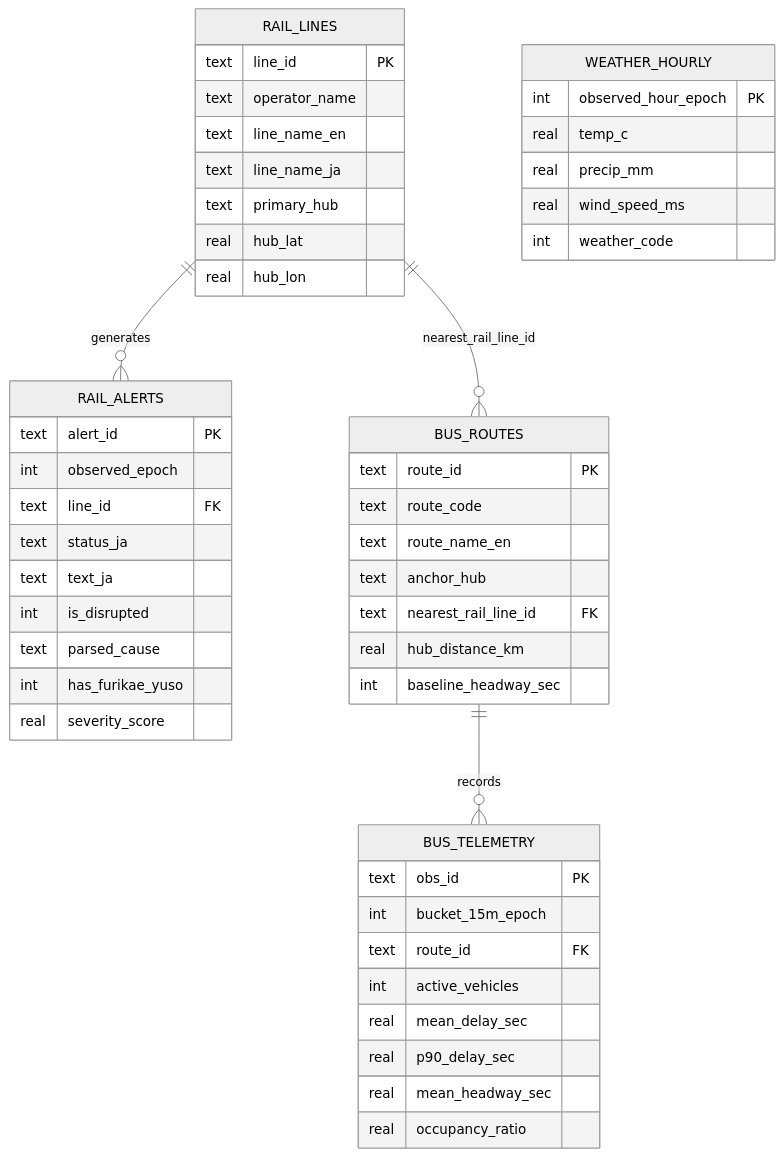
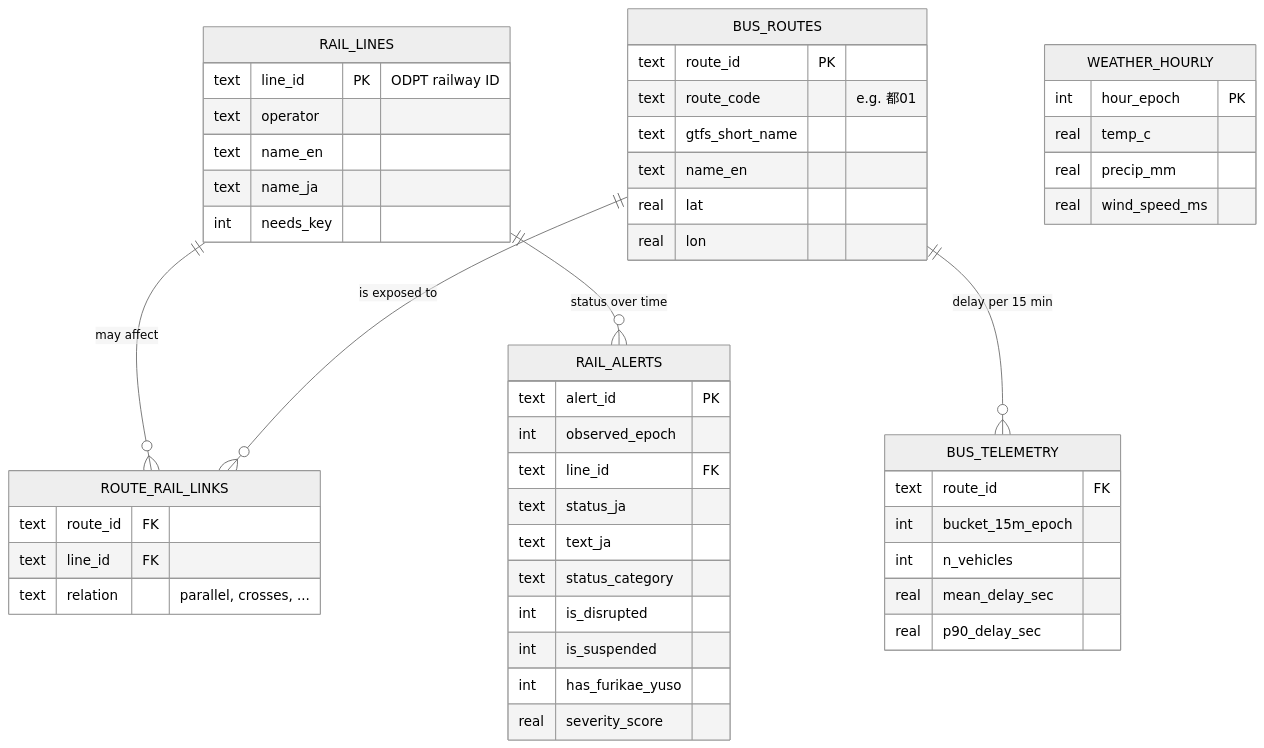
The second of 2 diagrams in README.md (dennisdur14/Tokyo-Transit-Disruption-Predictor), drawn with Mermaid (neutral theme) before and after one commit. The commit also changed other lines of this file and 28 other files, not shown here.

First line of the commit message:
Rework around real Toei/ODPT data with an honest evaluation

````diff
--- a/README.md
+++ b/README.md
@@ -46,57 +139,53 @@
 ```mermaid
 erDiagram
-    RAIL_LINES ||--o{ RAIL_ALERTS : "generates"
-    RAIL_LINES ||--o{ BUS_ROUTES : "nearest_rail_line_id"
-    BUS_ROUTES ||--o{ BUS_TELEMETRY : "records"
+    RAIL_LINES ||--o{ ROUTE_RAIL_LINKS : "may affect"
+    BUS_ROUTES ||--o{ ROUTE_RAIL_LINKS : "is exposed to"
+    RAIL_LINES ||--o{ RAIL_ALERTS : "status over time"
+    BUS_ROUTES ||--o{ BUS_TELEMETRY : "delay per 15 min"
 
     RAIL_LINES {
-        text line_id PK
-        text operator_name
-        text line_name_en
-        text line_name_ja
-        text primary_hub
-        real hub_lat
-        real hub_lon
+        text line_id PK "ODPT railway ID"
+        text operator
+        text name_en
+        text name_ja
+        int needs_key
     }
-
     BUS_ROUTES {
         text route_id PK
-        text route_code
-        text route_name_en
-        text anchor_hub
-        text nearest_rail_line_id FK
-        real hub_distance_km
-        int baseline_headway_sec
+        text route_code "e.g. 都01"
+        text gtfs_short_name
+        text name_en
+        real lat
+        real lon
     }
-
+    ROUTE_RAIL_LINKS {
+        text route_id FK
+        text line_id FK
+        text relation "parallel, crosses, ..."
+    }
     RAIL_ALERTS {
         text alert_id PK
         int observed_epoch
         text line_id FK
         text status_ja
         text text_ja
+        text status_category
         int is_disrupted
-        text parsed_cause
+        int is_suspended
         int has_furikae_yuso
         real severity_score
     }
-
     BUS_TELEMETRY {
-        text obs_id PK
+        text route_id FK
         int bucket_15m_epoch
-        text route_id FK
-        int active_vehicles
+        int n_vehicles
         real mean_delay_sec
         real p90_delay_sec
-        real mean_headway_sec
-        real occupancy_ratio
     }
-
     WEATHER_HOURLY {
-        int observed_hour_epoch PK
+        int hour_epoch PK
         real temp_c
         real precip_mm
         real wind_speed_ms
-        int weather_code
     }
 ```
````
